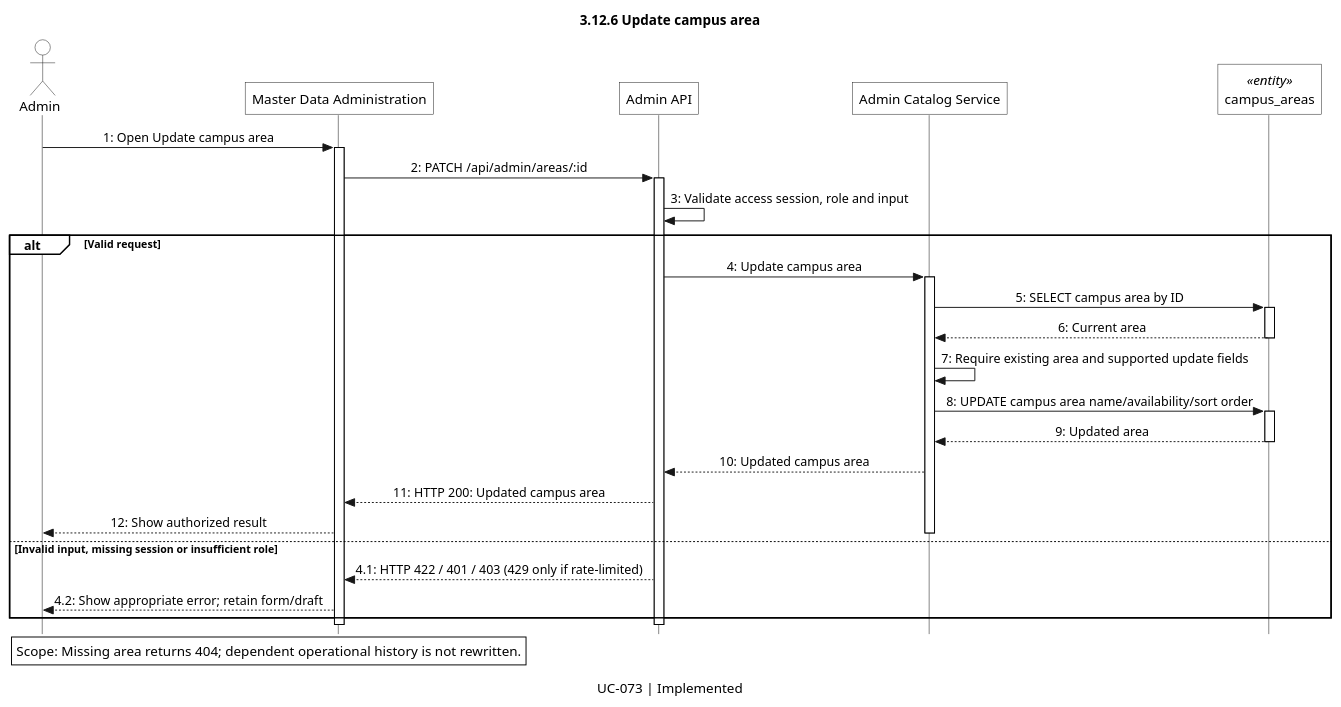
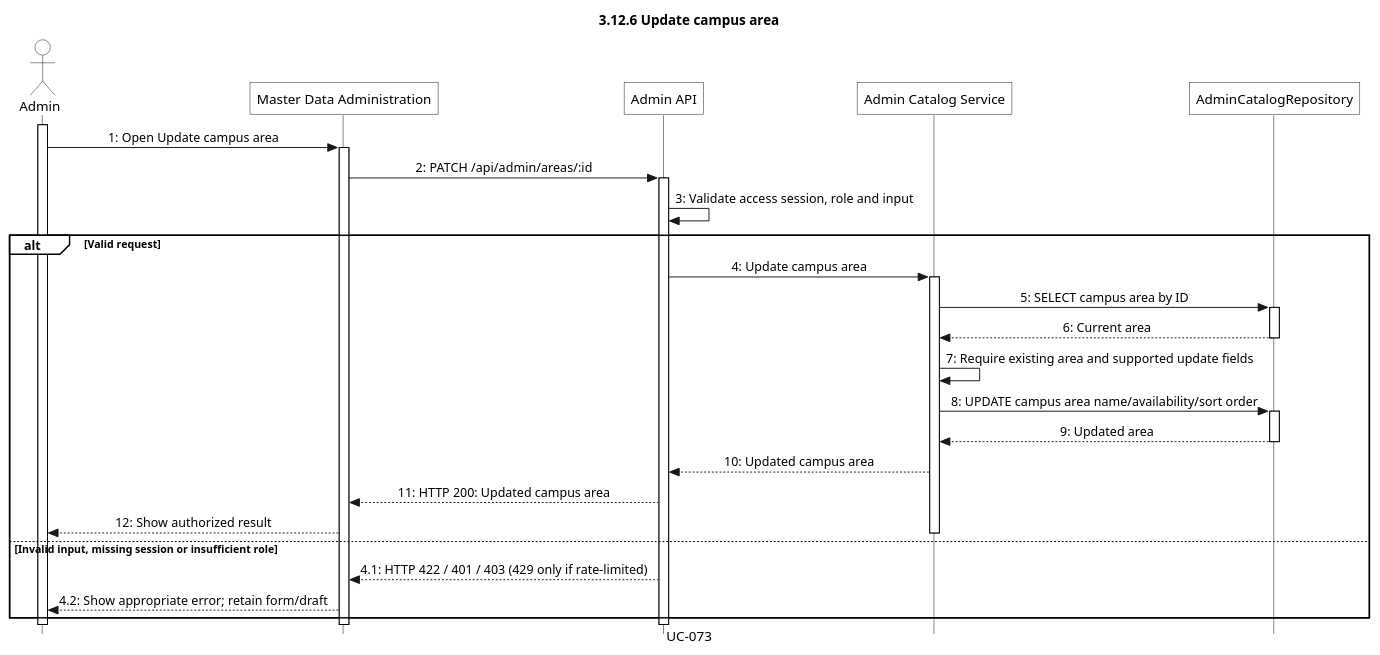
One commit to LNFSYS/lost-and-found-management-system-main changed the diagram in docs/sequences/Khoa/3.12/3.12.6_UC-073_update-campus-area.puml. Above: the diagram before and after it, drawn with PlantUML. The commit also changed 336 other files, not shown here.

Commit message:
docs: refine sequence lifelines and diagram presentation

```diff
--- a/docs/sequences/Khoa/3.12/3.12.6_UC-073_update-campus-area.puml
+++ b/docs/sequences/Khoa/3.12/3.12.6_UC-073_update-campus-area.puml
@@ -1,66 +1,69 @@
 @startuml
 title 3.12.6 Update campus area
-caption UC-073 | Implemented
+caption UC-073
+' Catalogue: UC-073 | Implemented
 skinparam monochrome true
 skinparam shadowing false
 skinparam roundcorner 0
 skinparam defaultFontName Arial
 skinparam LegendBackgroundColor white
 skinparam style strictuml
 skinparam sequenceMessageAlign center
 show footbox
 <style>
 lifeLine {
     LineStyle 0
 }
 </style>
 skinparam sequence {
     ParticipantBackgroundColor white
     ActorBackgroundColor white
     LifeLineBackgroundColor white
     LifeLineBorderColor black
     GroupBackgroundColor white
     GroupHeaderBackgroundColor white
 }
 
 ' Source: apps/api-node/src/modules/admin/application/admin-catalog.use-cases.ts
+' Main entity: campus_areas
 ' Main entity migration: apps/api-node/src/migrations/002_lost_found_schema.sql
-' One-table abstraction: related repository reads/writes stay inside the service.
+' Single persistence lifeline: related reads/writes remain summarized in the service.
 actor "Admin" as Actor
 participant "Master Data Administration" as Page
 participant "Admin API" as API
 participant "Admin Catalog Service" as Service
-participant "campus_areas" as Table <<entity>>
+participant "AdminCatalogRepository" as Table
 
+activate Actor
 Actor -> Page: 1: Open Update campus area
 activate Page
 Page -> API: 2: PATCH /api/admin/areas/:id
 activate API
 API -> API: 3: Validate access session, role and input
 alt Valid request
 API -> Service: 4: Update campus area
 activate Service
 Service -> Table: 5: SELECT campus area by ID
 activate Table
 Table --> Service: 6: Current area
 deactivate Table
 Service -> Service: 7: Require existing area and supported update fields
 Service -> Table: 8: UPDATE campus area name/availability/sort order
 activate Table
 Table --> Service: 9: Updated area
 deactivate Table
 Service --> API: 10: Updated campus area
 API --> Page: 11: HTTP 200: Updated campus area
 Page --> Actor: 12: Show authorized result
 deactivate Service
 else Invalid input, missing session or insufficient role
 API --> Page: 4.1: HTTP 422 / 401 / 403 (429 only if rate-limited)
 Page --> Actor: 4.2: Show appropriate error; retain form/draft
 end
 deactivate API
 deactivate Page
+deactivate Actor
 
-legend left
-Scope: Missing area returns 404; dependent operational history is not rewritten.
-endlegend
+' Scope note (not rendered):
+' Scope: Missing area returns 404; dependent operational history is not rewritten.
 @enduml
```
